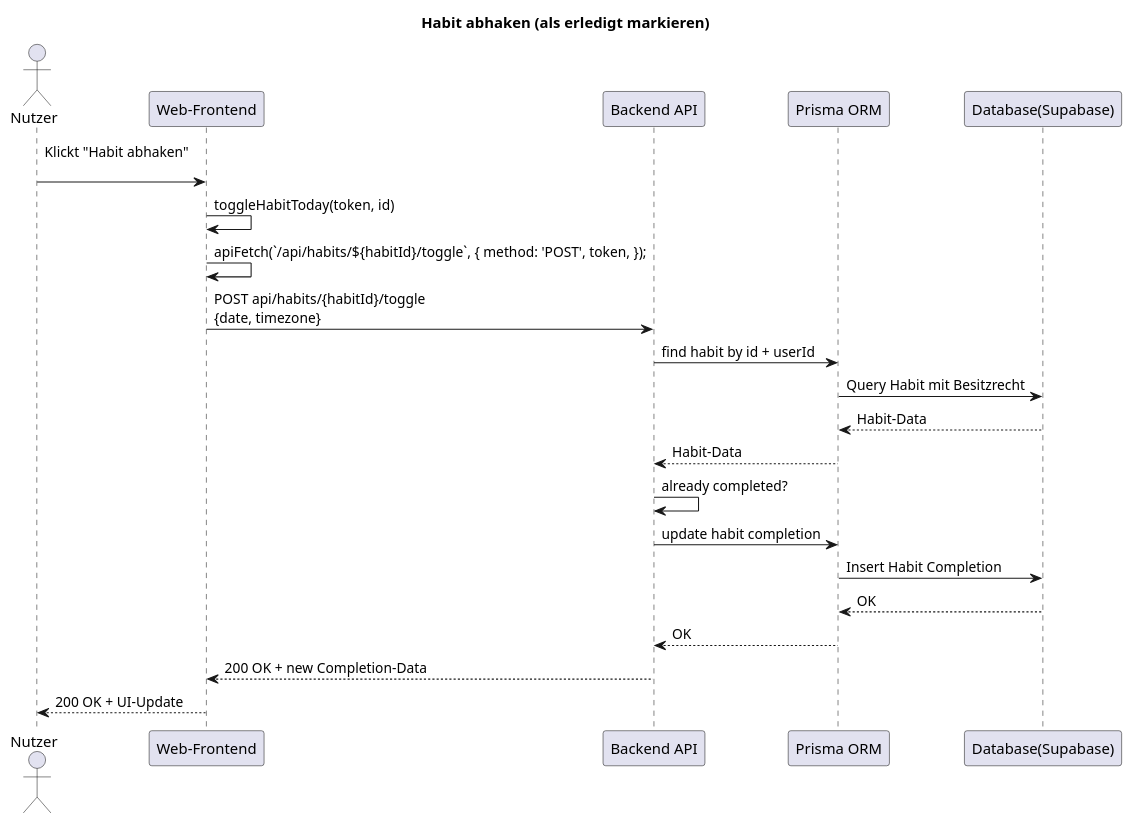
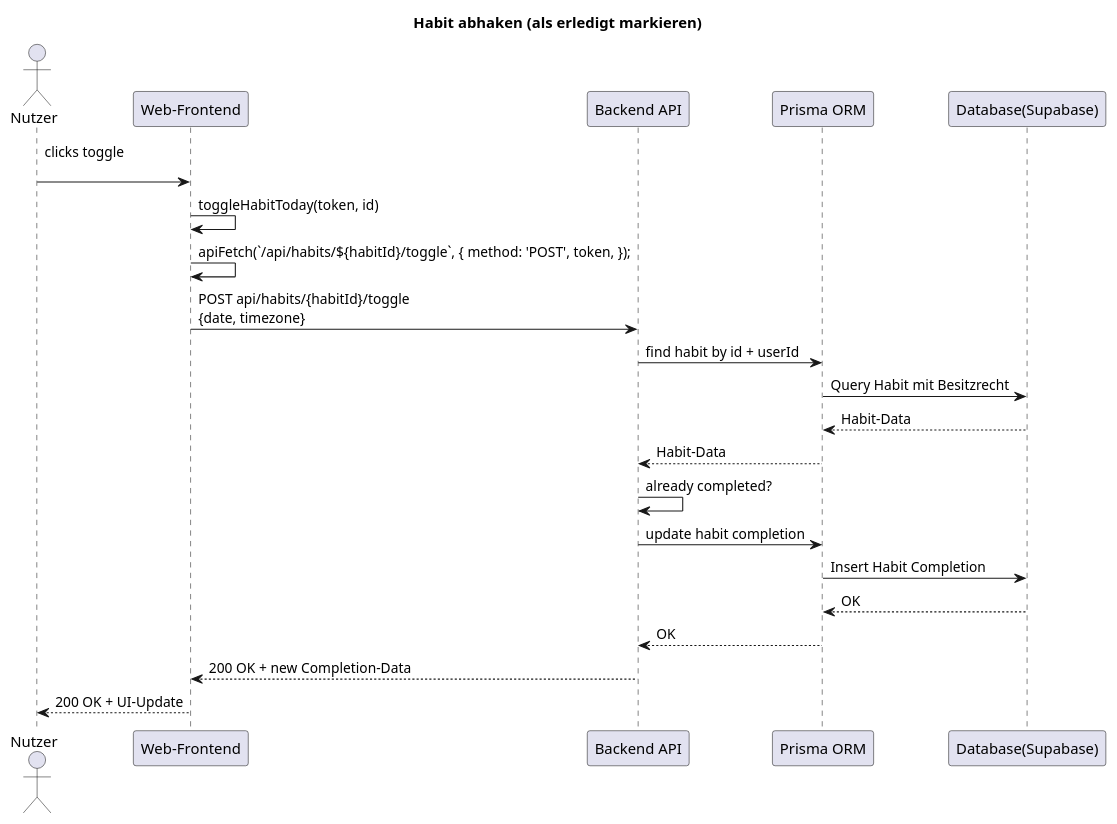
The diagram in docs/architecture/plantuml/sequenz_habit_abhaken.puml (1tristan0/SE-HabitTracker-3.B), drawn with PlantUML before and after one commit. The commit also changed 3 other files, not shown here.

Commit message:
update diagramme

```diff
--- a/docs/architecture/plantuml/sequenz_habit_abhaken.puml
+++ b/docs/architecture/plantuml/sequenz_habit_abhaken.puml
@@ -1,25 +1,25 @@
 @startuml
 title Habit abhaken (als erledigt markieren)
 
 actor Nutzer as user
 participant "Web-Frontend" as frontend
 participant "Backend API" as backend
 participant "Prisma ORM" as prisma
 participant "Database(Supabase)" as database
 
-user -> frontend: Klickt "Habit abhaken"\n
+user -> frontend: clicks toggle\n
 frontend -> frontend: toggleHabitToday(token, id)
 frontend -> frontend: apiFetch(`/api/habits/${habitId}/toggle`, { method: 'POST', token, });
 frontend -> backend: POST api/habits/{habitId}/toggle\n{date, timezone}
 backend -> prisma: find habit by id + userId
 prisma -> database: Query Habit mit Besitzrecht
 database --> prisma: Habit-Data
 prisma --> backend: Habit-Data
 backend -> backend: already completed?
 backend -> prisma: update habit completion
 prisma -> database: Insert Habit Completion
 database --> prisma: OK
 prisma --> backend: OK
 backend --> frontend: 200 OK + new Completion-Data
 frontend --> user: 200 OK + UI-Update
 @enduml
```
